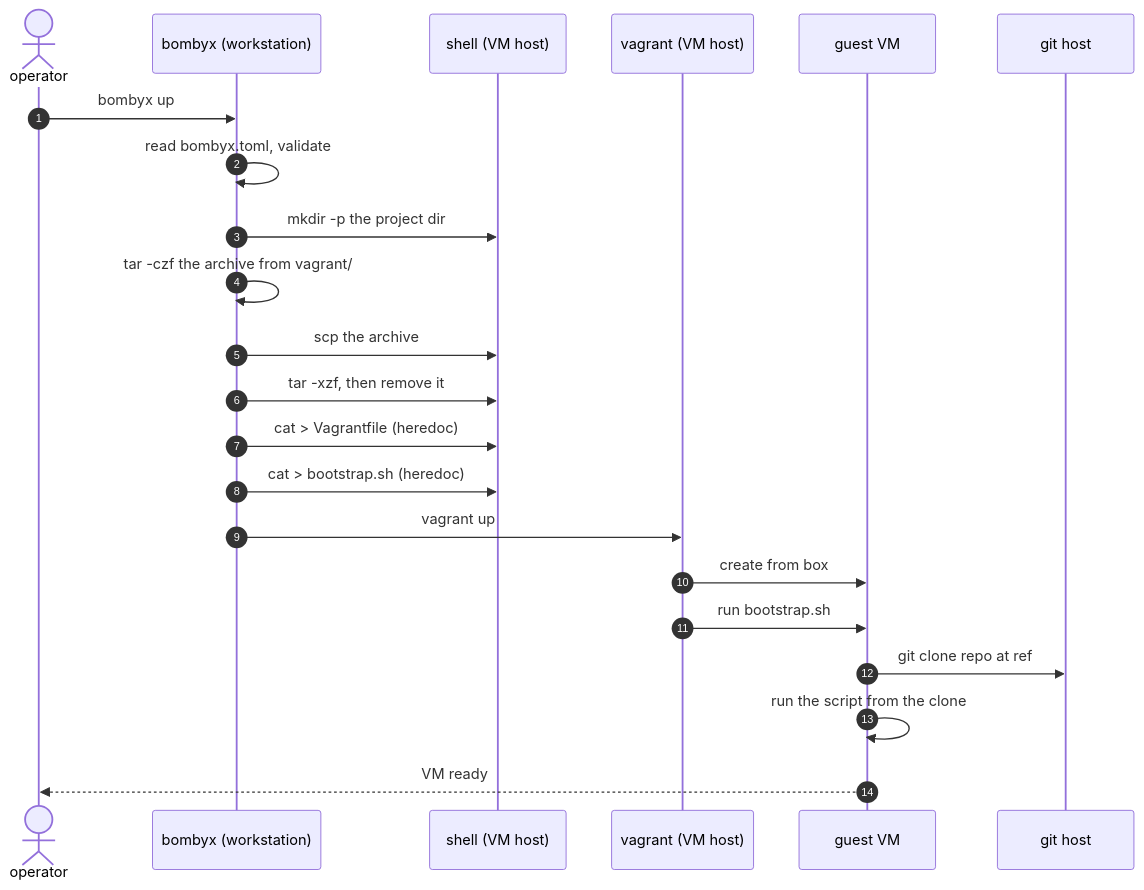
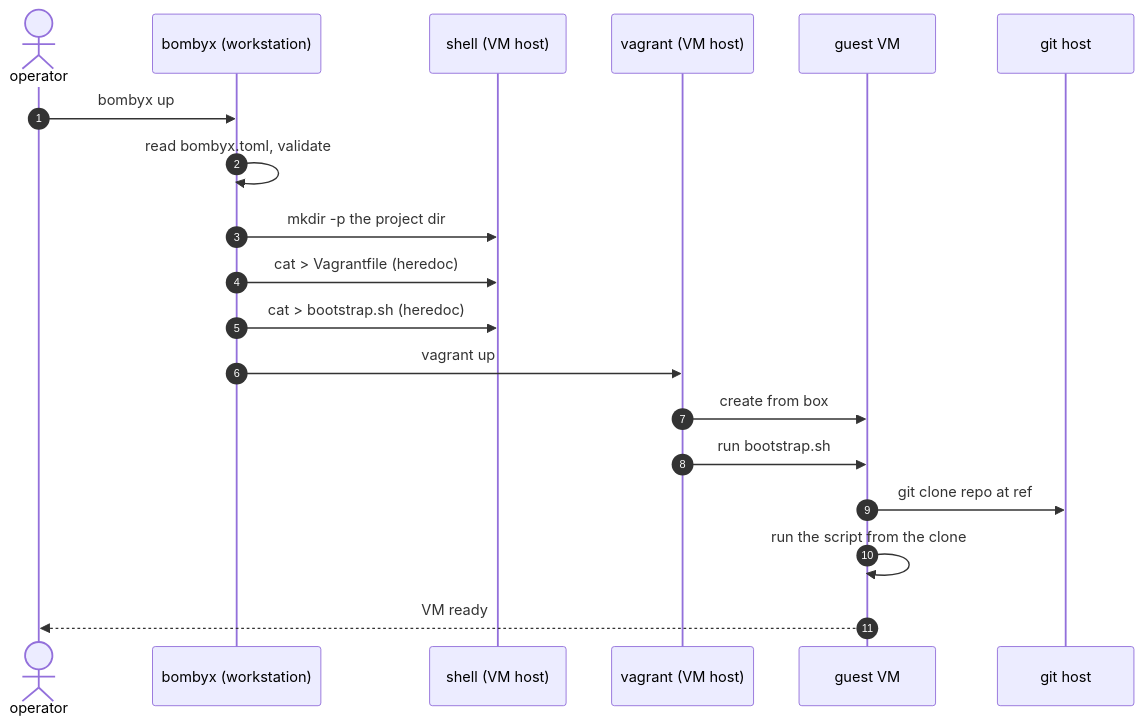
One commit to breki/bombyx changed the fifth of 6 diagrams in docs/architecture.md. Above: the diagram before and after it, drawn with Mermaid. The commit also changed other lines of this file and 25 other files, not shown here.

````diff
--- a/docs/architecture.md
+++ b/docs/architecture.md
@@ -241,25 +238,22 @@
 ```mermaid
 sequenceDiagram
   autonumber
   actor op as operator
   participant cli as bombyx (workstation)
   participant host as shell (VM host)
   participant vg as vagrant (VM host)
   participant guest as guest VM
   participant git as git host
 
   op->>cli: bombyx up
   cli->>cli: read bombyx.toml, validate
   cli->>host: mkdir -p the project dir
-  cli->>cli: tar -czf the archive from vagrant/
-  cli->>host: scp the archive
-  cli->>host: tar -xzf, then remove it
   cli->>host: cat > Vagrantfile (heredoc)
   cli->>host: cat > bootstrap.sh (heredoc)
   cli->>vg: vagrant up
   vg->>guest: create from box
   vg->>guest: run bootstrap.sh
   guest->>git: git clone repo at ref
   guest->>guest: run the script from the clone
   guest-->>op: VM ready
 ```
````
